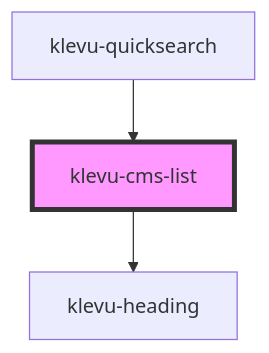
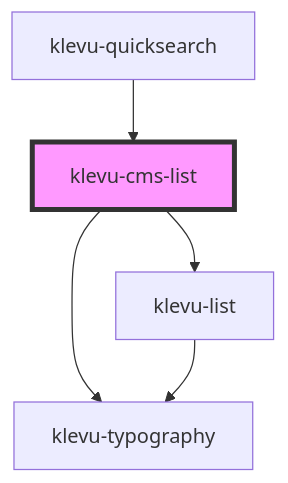
Before and after one commit to klevultd/frontend-sdk: the diagram in packages/klevu-ui/src/components/klevu-cms-list/readme.md, drawn with Mermaid. The commit also changed other lines of this file and 199 other files, not shown here.

````diff
--- a/packages/klevu-ui/src/components/klevu-cms-list/readme.md
+++ b/packages/klevu-ui/src/components/klevu-cms-list/readme.md
@@ -40,6 +38,8 @@
 ```mermaid
 graph TD;
-  klevu-cms-list --> klevu-heading
+  klevu-cms-list --> klevu-typography
+  klevu-cms-list --> klevu-list
+  klevu-list --> klevu-typography
   klevu-quicksearch --> klevu-cms-list
   style klevu-cms-list fill:#f9f,stroke:#333,stroke-width:4px
 ```
````
